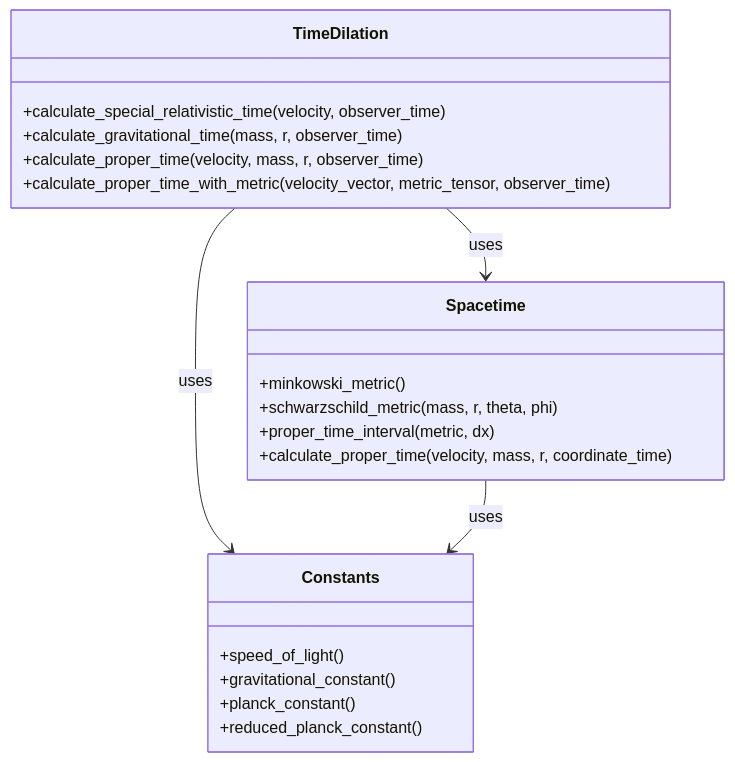
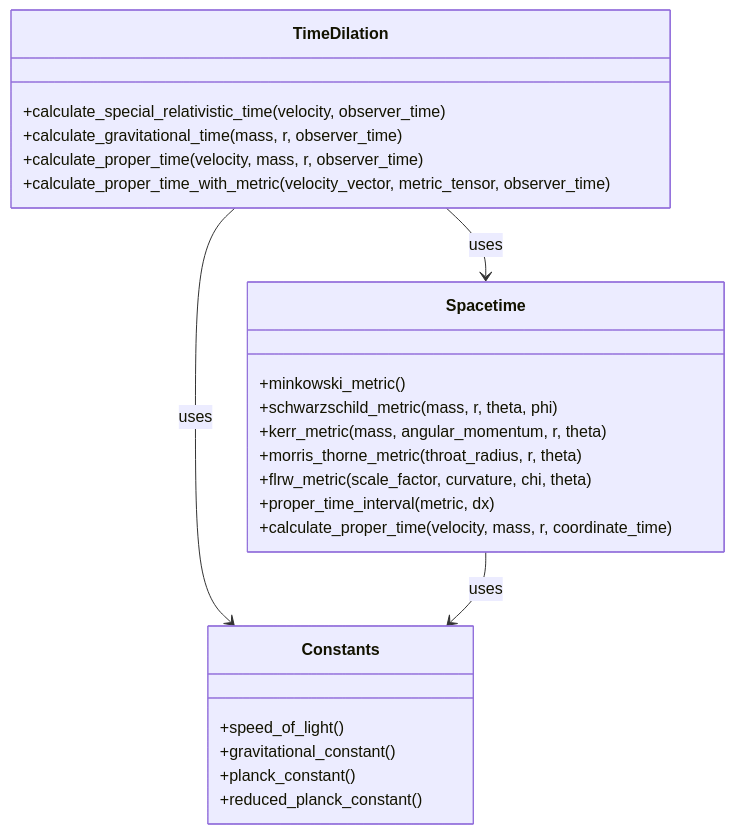
The first of 6 diagrams in docs/relativity_diagrams.md (cloedu87/light_bubble), drawn with Mermaid before and after one commit. The commit also changed 3 other files, not shown here.

Commit message:
feat(relativity_calculation): add Kerr, Morris-Thorne, and FLRW metric tensors for advanced spacetime calculations

````diff
--- a/docs/relativity_diagrams.md
+++ b/docs/relativity_diagrams.md
@@ -7,27 +7,30 @@
 ```mermaid
 classDiagram
     class Constants {
         +speed_of_light()
         +gravitational_constant()
         +planck_constant()
         +reduced_planck_constant()
     }
 
     class Spacetime {
         +minkowski_metric()
         +schwarzschild_metric(mass, r, theta, phi)
+        +kerr_metric(mass, angular_momentum, r, theta)
+        +morris_thorne_metric(throat_radius, r, theta)
+        +flrw_metric(scale_factor, curvature, chi, theta)
         +proper_time_interval(metric, dx)
         +calculate_proper_time(velocity, mass, r, coordinate_time)
     }
 
     class TimeDilation {
         +calculate_special_relativistic_time(velocity, observer_time)
         +calculate_gravitational_time(mass, r, observer_time)
         +calculate_proper_time(velocity, mass, r, observer_time)
         +calculate_proper_time_with_metric(velocity_vector, metric_tensor, observer_time)
     }
 
     TimeDilation --> Constants : uses
     TimeDilation --> Spacetime : uses
     Spacetime --> Constants : uses
 ```
````
